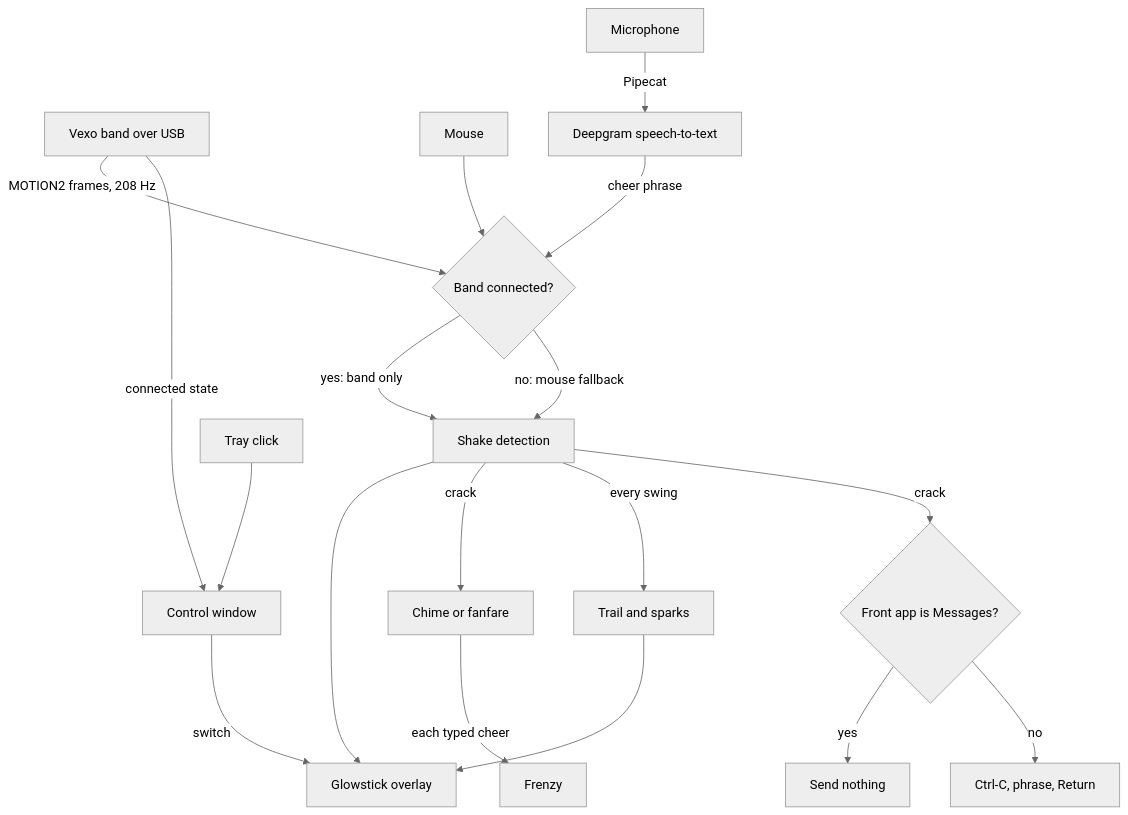
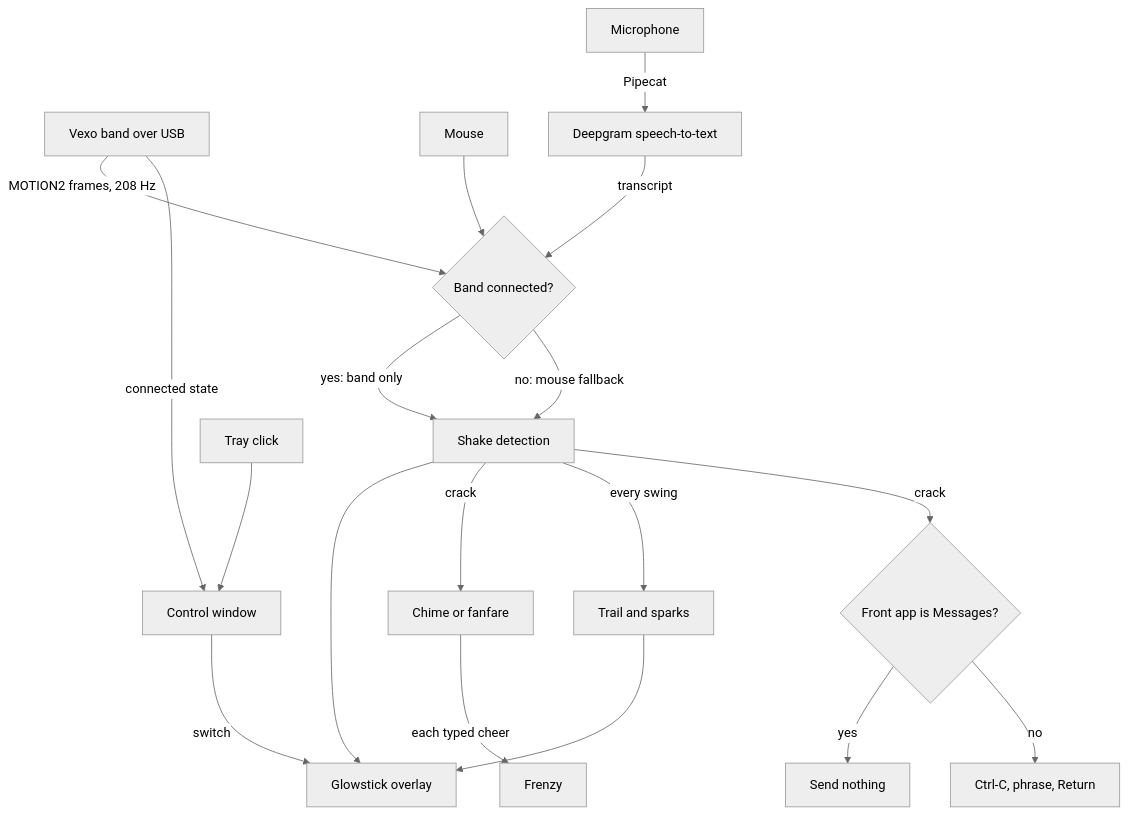
The diagram in README.md (i098/openCheer), drawn with Mermaid (neutral theme) before and after one commit. The commit also changed other lines of this file and 4 other files, not shown here.

````diff
--- a/README.md
+++ b/README.md
@@ -49,20 +47,20 @@
 ```mermaid
 flowchart TD
   band[Vexo band over USB] -->|MOTION2 frames, 208 Hz| shake{Band connected?}
   mouse[Mouse] --> shake
   shake -->|yes: band only| detect[Shake detection]
   shake -->|no: mouse fallback| detect
   detect --> sticks[Glowstick overlay]
   detect -->|crack| chime[Chime or fanfare]
   detect -->|every swing| fx[Trail and sparks]
   fx --> sticks
   chime -->|each typed cheer| frenzy[Frenzy]
   detect -->|crack| guard{Front app is Messages?}
   guard -->|yes| skip[Send nothing]
   guard -->|no| type[Ctrl-C, phrase, Return]
   mic[Microphone] -->|Pipecat| dg[Deepgram speech-to-text]
-  dg -->|cheer phrase| shake
+  dg -->|transcript| shake
   tray[Tray click] --> win[Control window]
   win -->|switch| sticks
   band -->|connected state| win
 ```
````
